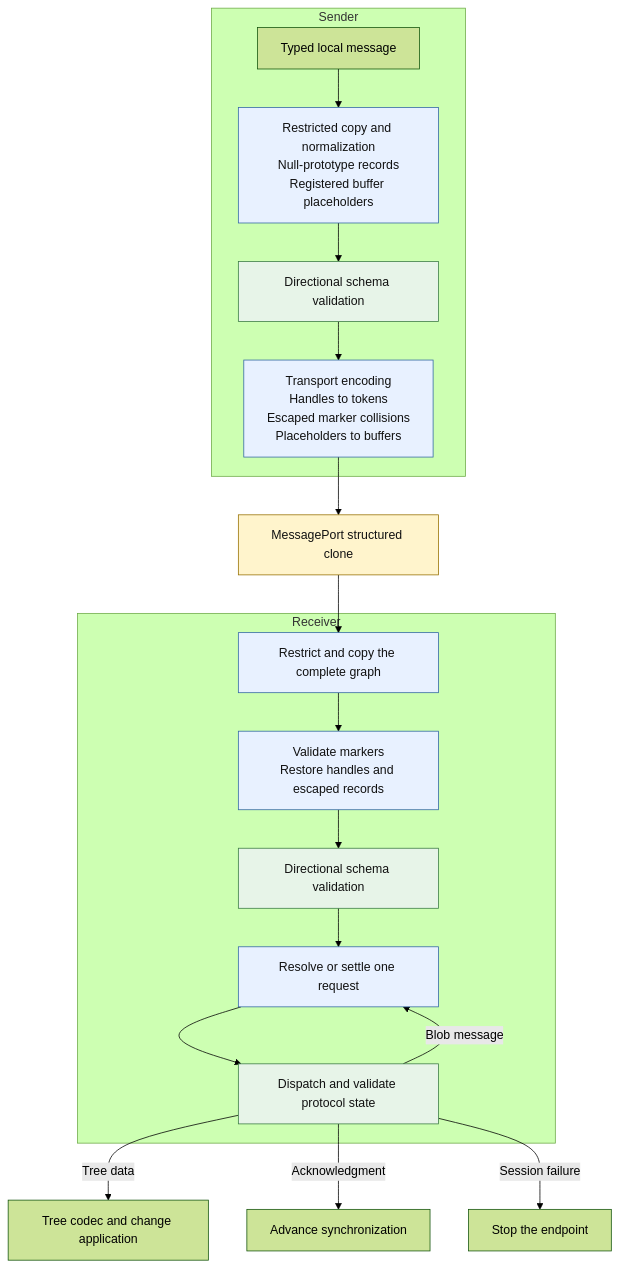
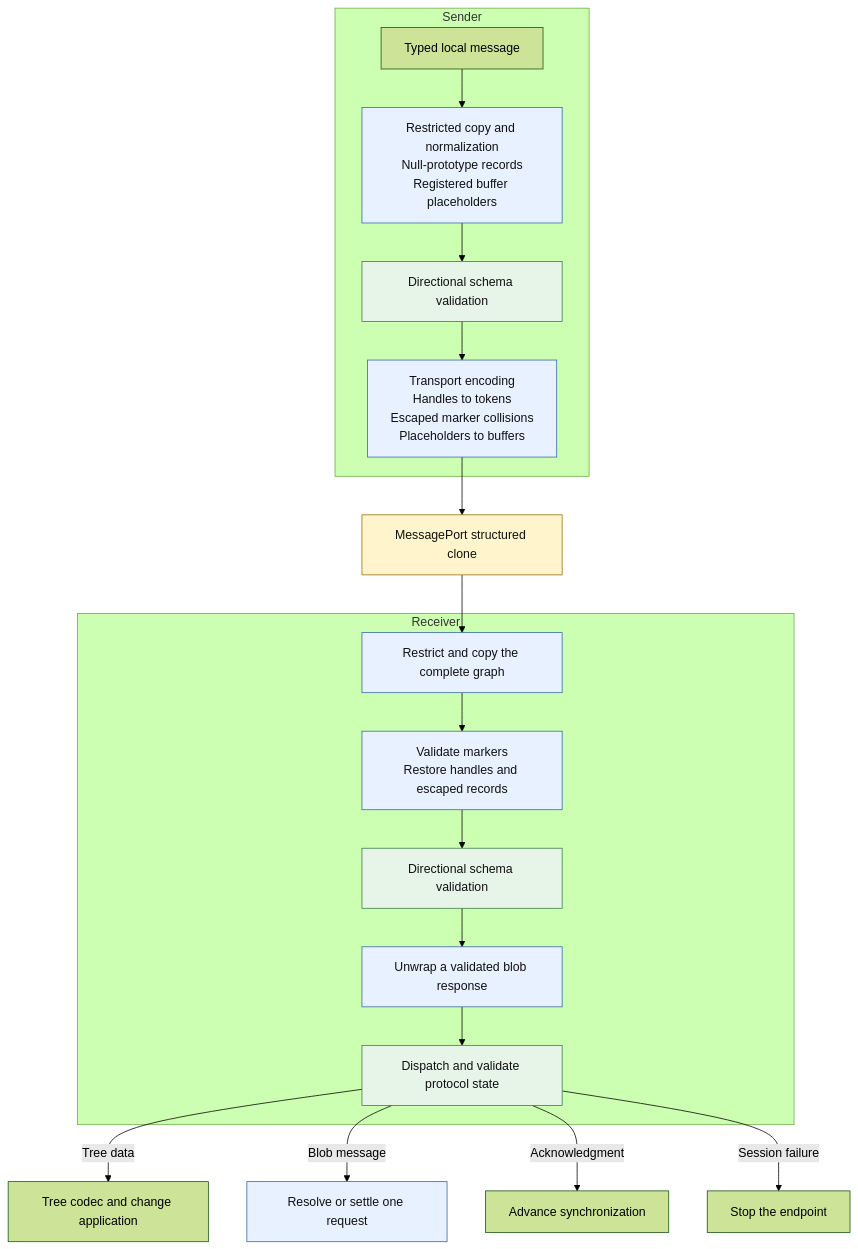
Before and after one commit to microsoft/FluidFramework: the second of 2 diagrams in packages/dds/tree/src/sandboxing/sandboxing.md, drawn with Mermaid (forest theme).

Commit message:
docs: Fix duplicate sandbox diagram node

````diff
--- a/packages/dds/tree/src/sandboxing/sandboxing.md
+++ b/packages/dds/tree/src/sandboxing/sandboxing.md
@@ -145,35 +145,35 @@
 ```mermaid
 flowchart TB
     subgraph Sending["Sender"]
         S["Typed local message"]
         N["Restricted copy and normalization<br/>Null-prototype records<br/>Registered buffer placeholders"]
         V["Directional schema validation"]
         E["Transport encoding<br/>Handles to tokens<br/>Escaped marker collisions<br/>Placeholders to buffers"]
         S --> N --> V --> E
     end
 
     W["MessagePort structured clone"]
     E --> W
 
     subgraph Receiving["Receiver"]
         C["Restrict and copy the complete graph"]
         U["Validate markers<br/>Restore handles and escaped records"]
         Q["Directional schema validation"]
         B["Unwrap a validated blob response"]
         R["Dispatch and validate protocol state"]
         C --> U --> Q --> B --> R
     end
 
     W --> C
     R -->|"Tree data"| T["Tree codec and change application"]
-    R -->|"Blob message"| B["Resolve or settle one request"]
+    R -->|"Blob message"| H["Resolve or settle one request"]
     R -->|"Acknowledgment"| A["Advance synchronization"]
     R -->|"Session failure"| X["Stop the endpoint"]
 
     classDef conversion fill:#e8f1ff,stroke:#3166a3,color:#111;
     classDef validation fill:#e7f4e8,stroke:#397a42,color:#111;
     classDef boundary fill:#fff4cc,stroke:#967000,color:#111;
-    class N,E,C,U,B conversion;
+    class N,E,C,U,B,H conversion;
     class V,Q,R validation;
     class W boundary;
 ```
````
